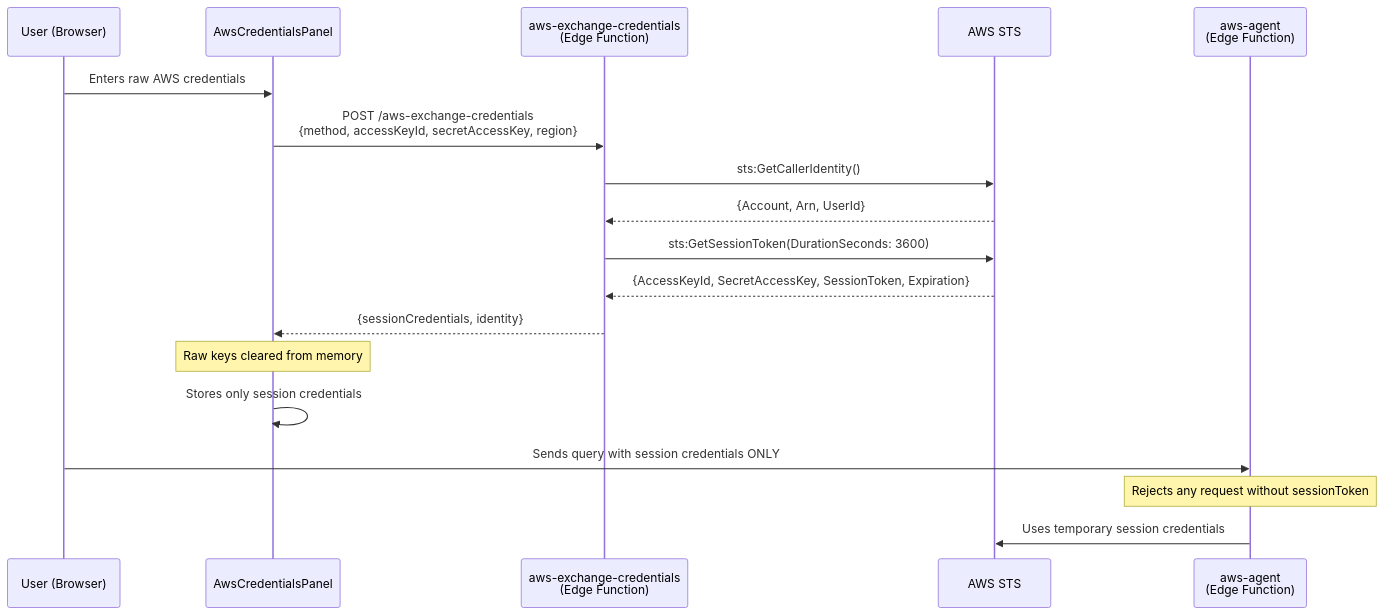
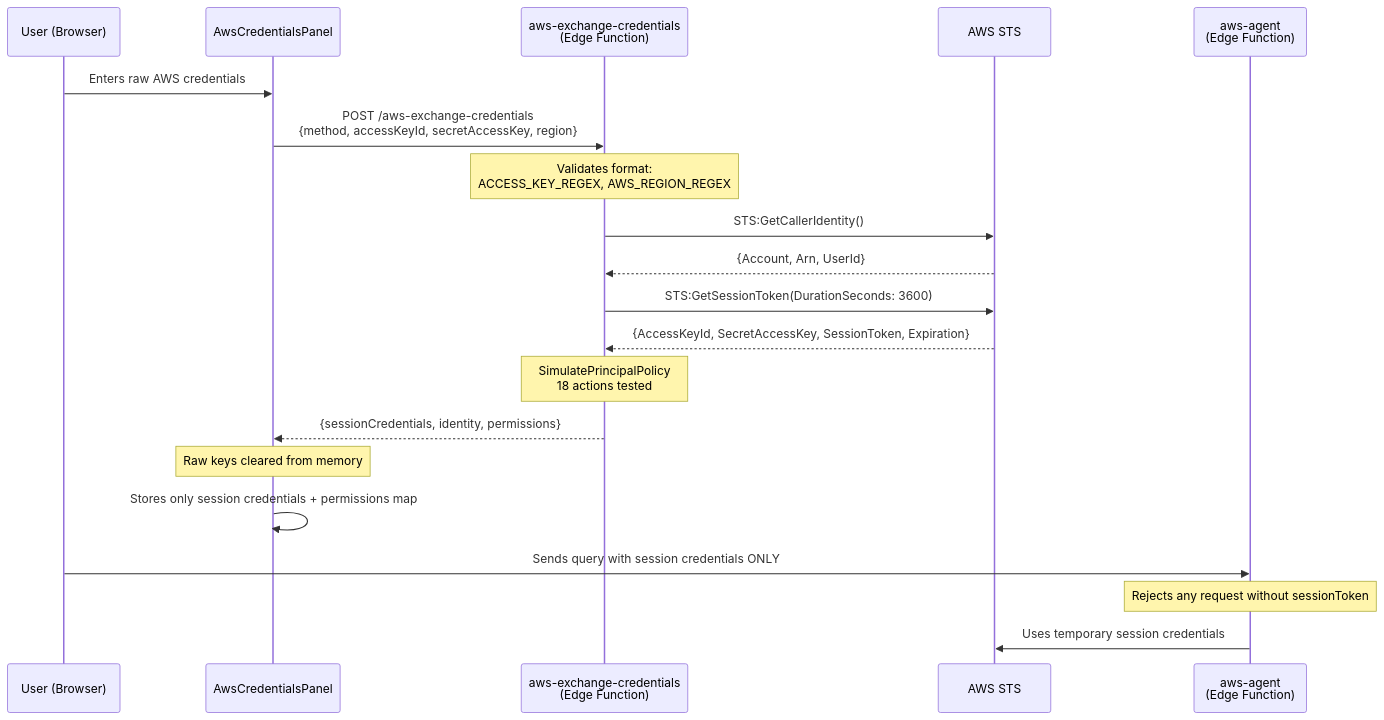
One commit to ritvikindupuri/aws-ai-agent changed the fifth of 21 diagrams in TECHNICAL_DOCUMENTATION.md. Above: the diagram before and after it, drawn with Mermaid. The commit also changed other lines of this file, not shown here.

````diff
--- a/TECHNICAL_DOCUMENTATION.md
+++ b/TECHNICAL_DOCUMENTATION.md
@@ -411,22 +382,28 @@
 ```mermaid
 sequenceDiagram
     participant User as User (Browser)
     participant Panel as AwsCredentialsPanel
     participant Exchange as aws-exchange-credentials<br/>(Edge Function)
     participant STS as AWS STS
     participant Agent as aws-agent<br/>(Edge Function)
 
     User->>Panel: Enters raw AWS credentials
     Panel->>Exchange: POST /aws-exchange-credentials<br/>{method, accessKeyId, secretAccessKey, region}
-    Exchange->>STS: sts:GetCallerIdentity()
+
+    Note over Exchange: Validates format:<br/>ACCESS_KEY_REGEX, AWS_REGION_REGEX
+
+    Exchange->>STS: STS:GetCallerIdentity()
     STS-->>Exchange: {Account, Arn, UserId}
-    Exchange->>STS: sts:GetSessionToken(DurationSeconds: 3600)
+    Exchange->>STS: STS:GetSessionToken(DurationSeconds: 3600)
     STS-->>Exchange: {AccessKeyId, SecretAccessKey, SessionToken, Expiration}
-    Exchange-->>Panel: {sessionCredentials, identity}
+
+    Note over Exchange: SimulatePrincipalPolicy<br/>18 actions tested
+
+    Exchange-->>Panel: {sessionCredentials, identity, permissions}
     Note over Panel: Raw keys cleared from memory
-    Panel->>Panel: Stores only session credentials
+    Panel->>Panel: Stores only session credentials + permissions map
 
     User->>Agent: Sends query with session credentials ONLY
     Note over Agent: Rejects any request without sessionToken
     Agent->>STS: Uses temporary session credentials
 ```
````
